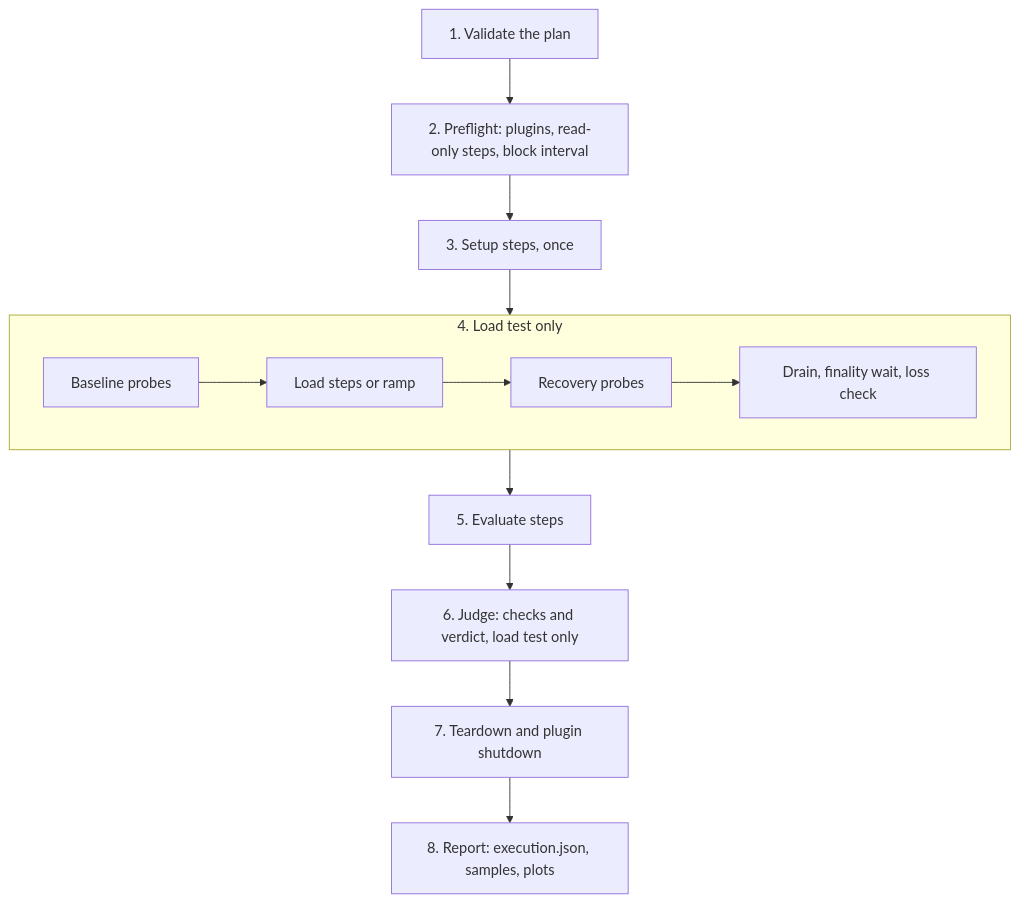
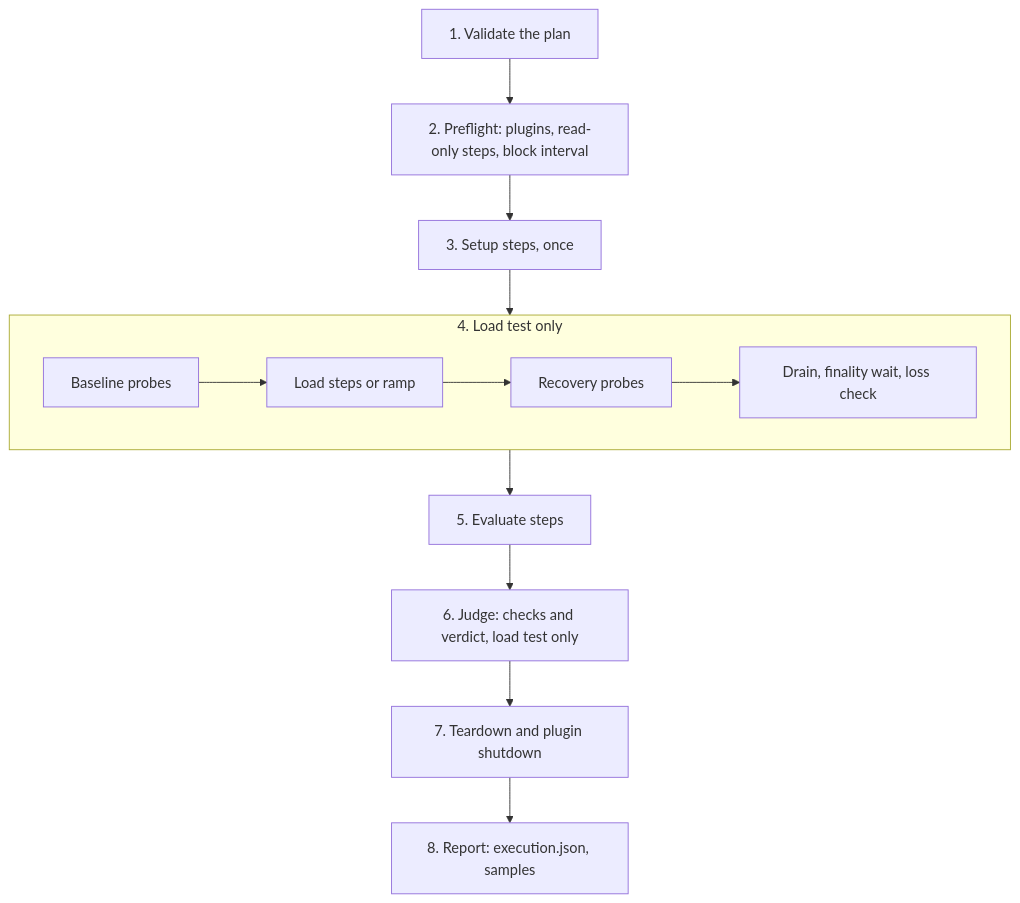
One commit to agustinustheo/polkameter changed the diagram in docs/how-it-works.md. Above: the diagram before and after it, drawn with Mermaid. The commit also changed other lines of this file and 19 other files, not shown here.

First line of the commit message:
simplify: remove --format json, --junit and the SVG plots

````diff
--- a/docs/how-it-works.md
+++ b/docs/how-it-works.md
@@ -9,14 +9,14 @@
 ```mermaid
 flowchart TD
   validate["1. Validate the plan"] --> preflight["2. Preflight: plugins, read-only steps, block interval"]
   preflight --> setup["3. Setup steps, once"]
   setup --> load
   subgraph load["4. Load test only"]
     direction LR
     baseline["Baseline probes"] --> ramp["Load steps or ramp"] --> recovery["Recovery probes"] --> loss["Drain, finality wait, loss check"]
   end
   load --> evaluate["5. Evaluate steps"]
   evaluate --> judge["6. Judge: checks and verdict, load test only"]
   judge --> teardown["7. Teardown and plugin shutdown"]
-  teardown --> report["8. Report: execution.json, samples, plots"]
+  teardown --> report["8. Report: execution.json, samples"]
 ```
````
